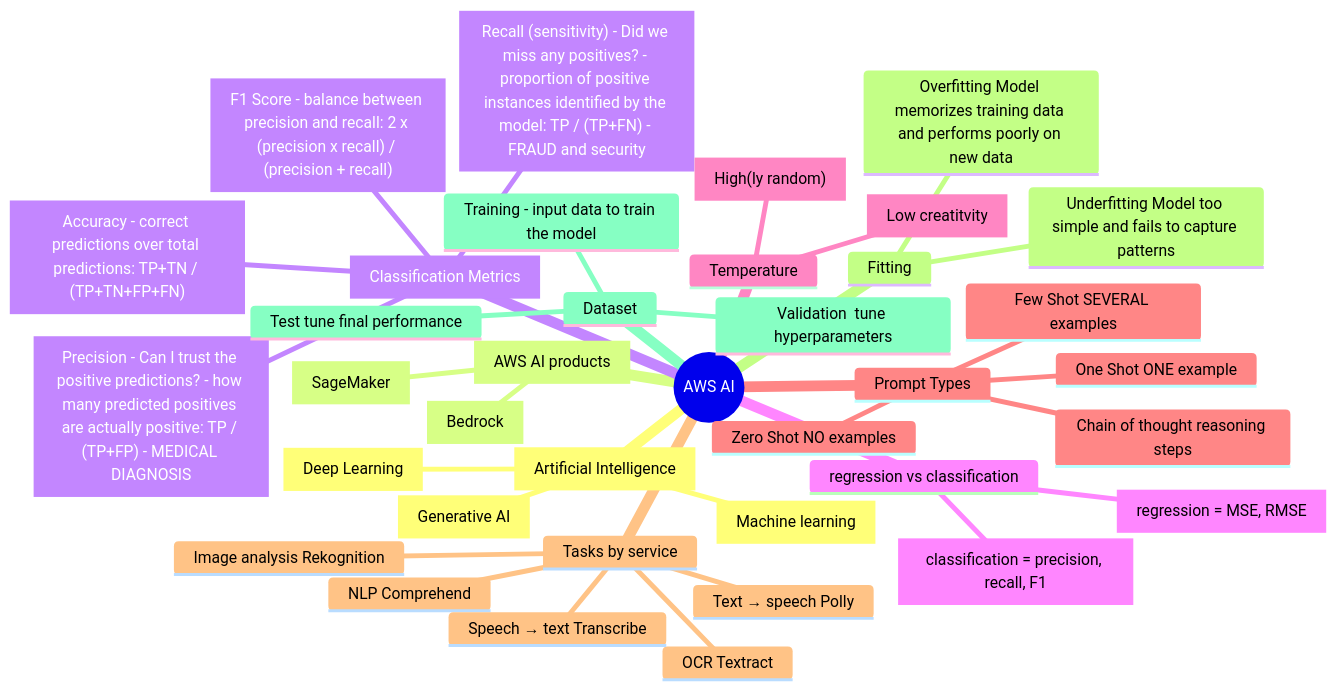
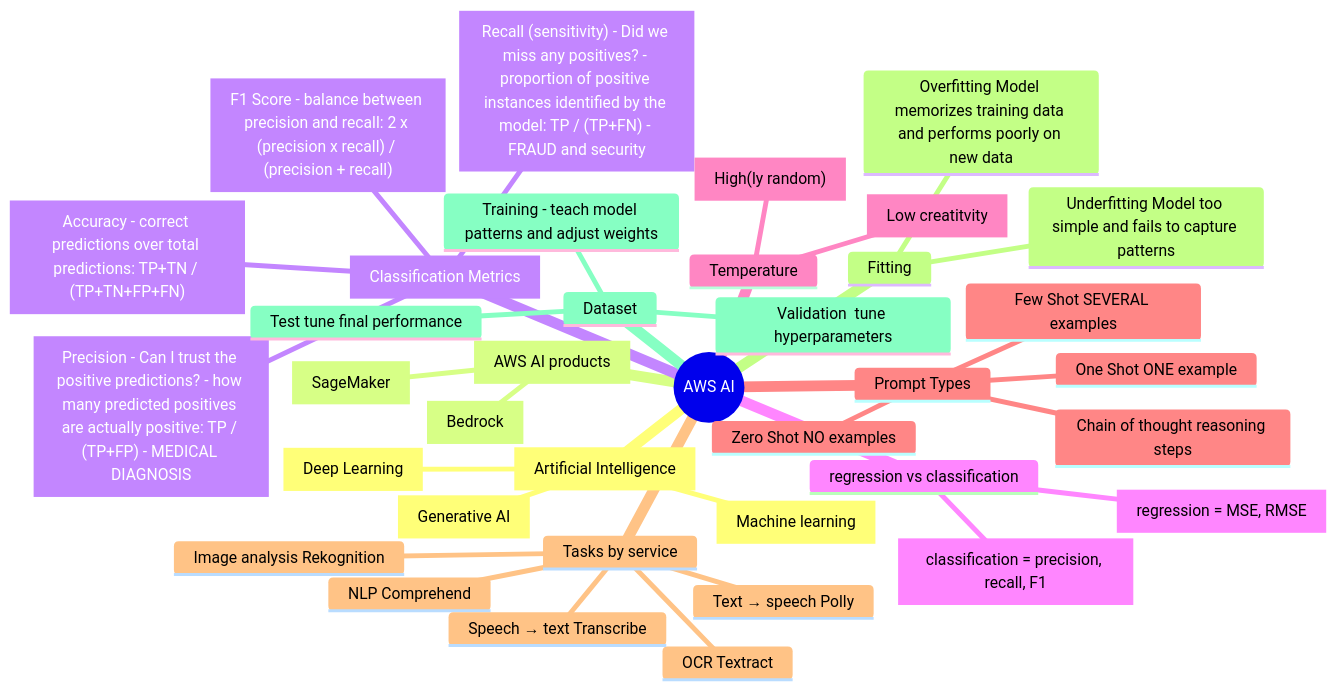
Before and after one commit to gitstua/Mindmaps: the diagram in aws-ai.md, drawn with Mermaid.

Commit message:
Clarify training data description in aws-ai.md

````diff
--- a/aws-ai.md
+++ b/aws-ai.md
@@ -5,43 +5,43 @@
 ```mermaid
 mindmap
   root(("AWS AI"))
     ai["Artificial Intelligence"]
       ml["Machine learning"]
       dl["Deep Learning"]
       genai["Generative AI"]
     products["AWS AI products"]
       bedrock["Bedrock"]
       sagemaker["SageMaker"]
     metrics["Classification Metrics"]
       accuracy["Accuracy - correct predictions over total predictions: TP+TN / (TP+TN+FP+FN)"]
       precision["Precision - Can I trust the positive predictions? - how many predicted positives are actually positive: TP / (TP+FP) - MEDICAL DIAGNOSIS"]
       Recall["Recall (sensitivity) - Did we miss any positives? - proportion of positive instances identified by the model: TP / (TP+FN) - FRAUD and security"]
       f1["F1 Score - balance between precision and recall: 2 x (precision x recall) / (precision + recall)"]
     regression vs classification
       regression["regression = MSE, RMSE"]
       classification["classification = precision, recall, F1"]
     Temperature
       high["High(ly random)"]
       low[Low creatitvity]
     Prompt Types
       Zero Shot NO examples
       One Shot ONE example
       Few Shot SEVERAL examples
       Chain of thought reasoning steps
     Tasks by service
       OCR Textract
       Image analysis Rekognition
       NLP Comprehend
       Speech → text Transcribe
       Text → speech Polly
     Fitting
       Overfitting Model memorizes training data and performs poorly on new data
       Underfitting Model too simple and fails to capture patterns
     Dataset
-      Training - input data to train the model
+      Training - teach model patterns and adjust weights
       Validation  tune hyperparameters
       Test tune final performance
 
 
 
 ```
````
